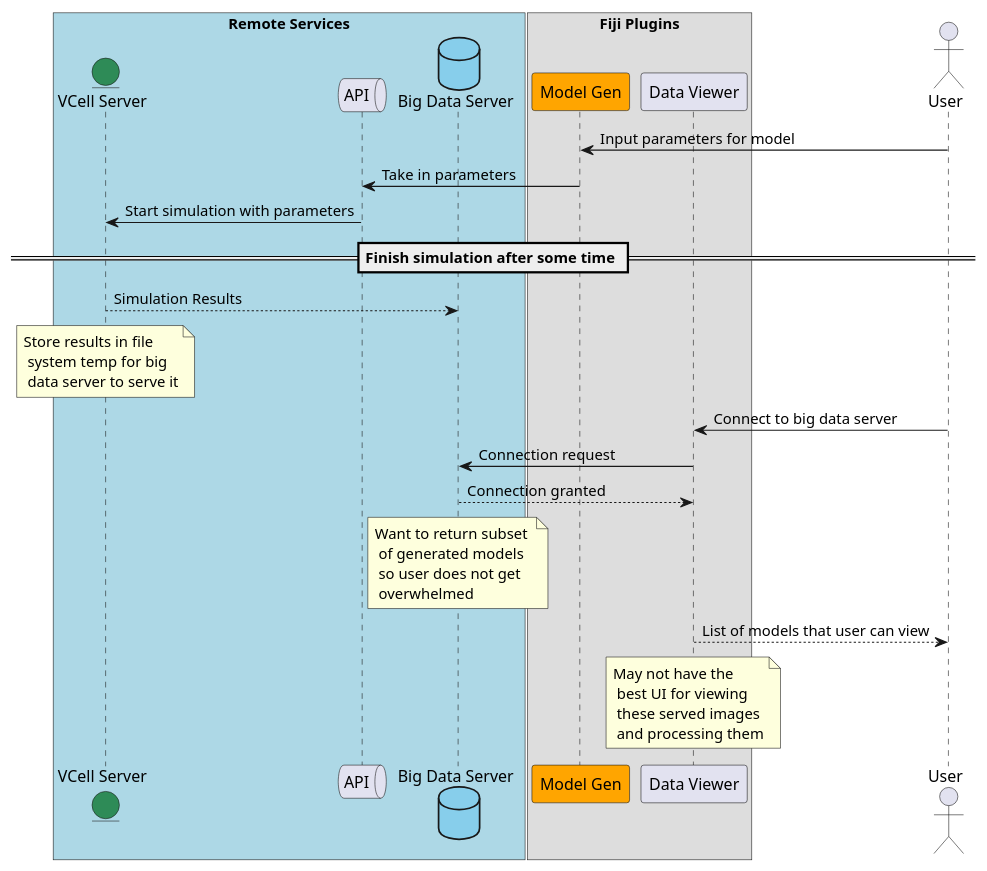
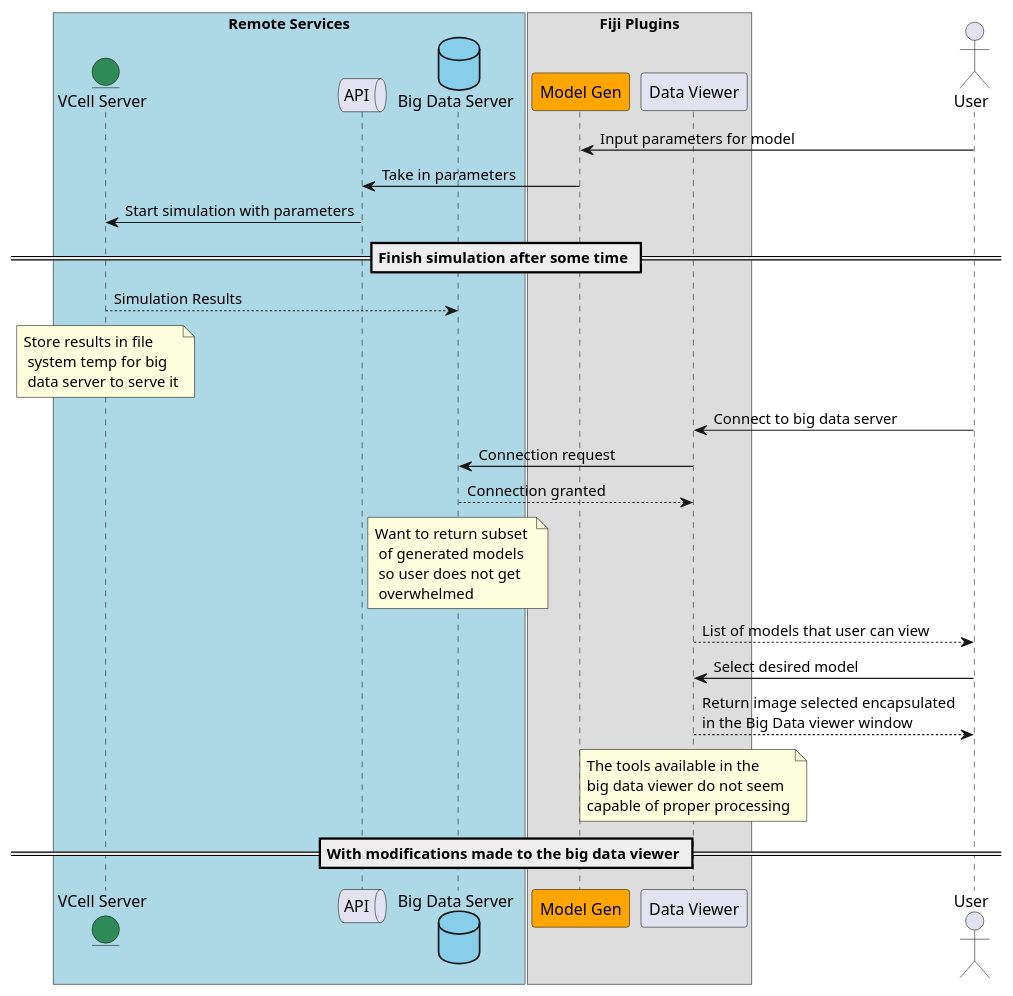
Before and after one commit to virtualcell/vcell-fiji: the diagram in docs/Big Data.puml, drawn with PlantUML. The commit also changed 2 other files, not shown here.

```diff
--- a/docs/Big Data.puml
+++ b/docs/Big Data.puml
@@ -1,44 +1,48 @@
 @startuml
 'https://plantuml.com/sequence-diagram
 
 box "Remote Services" #Lightblue
 entity "VCell Server" #seagreen
 queue API
 database "Big Data Server" #skyblue
 end box
 
 box "Fiji Plugins"
 participant "Model Gen" #orange
 participant "Data Viewer"
 end box
 
 actor User
 
 
 User -> "Model Gen": Input parameters for model
 "Model Gen" -> API: Take in parameters
 API -> "VCell Server": Start simulation with parameters
 
 == Finish simulation after some time ==
 "VCell Server" --> "Big Data Server": Simulation Results
 note over "VCell Server": Store results in file \n system temp for big \n data server to serve it
 
 User -> "Data Viewer": Connect to big data server
 "Data Viewer" -> "Big Data Server": Connection request
 "Big Data Server" --> "Data Viewer": Connection granted
 note over "Big Data Server": Want to return subset \n of generated models \n so user does not get \n overwhelmed
 
 "Data Viewer" --> User: List of models that user can view
 
-note over "Data Viewer": May not have the \n best UI for viewing \n these served images \n and processing them
 
+User -> "Data Viewer": Select desired model
+"Data Viewer" --> User: Return image selected encapsulated\nin the Big Data viewer window
 
+note over "Data Viewer": The tools available in the\nbig data viewer do not seem\ncapable of proper processing
+
+== With modifications made to the big data viewer ==
 
 
 
 
 
 
 
 
 @enduml
```
